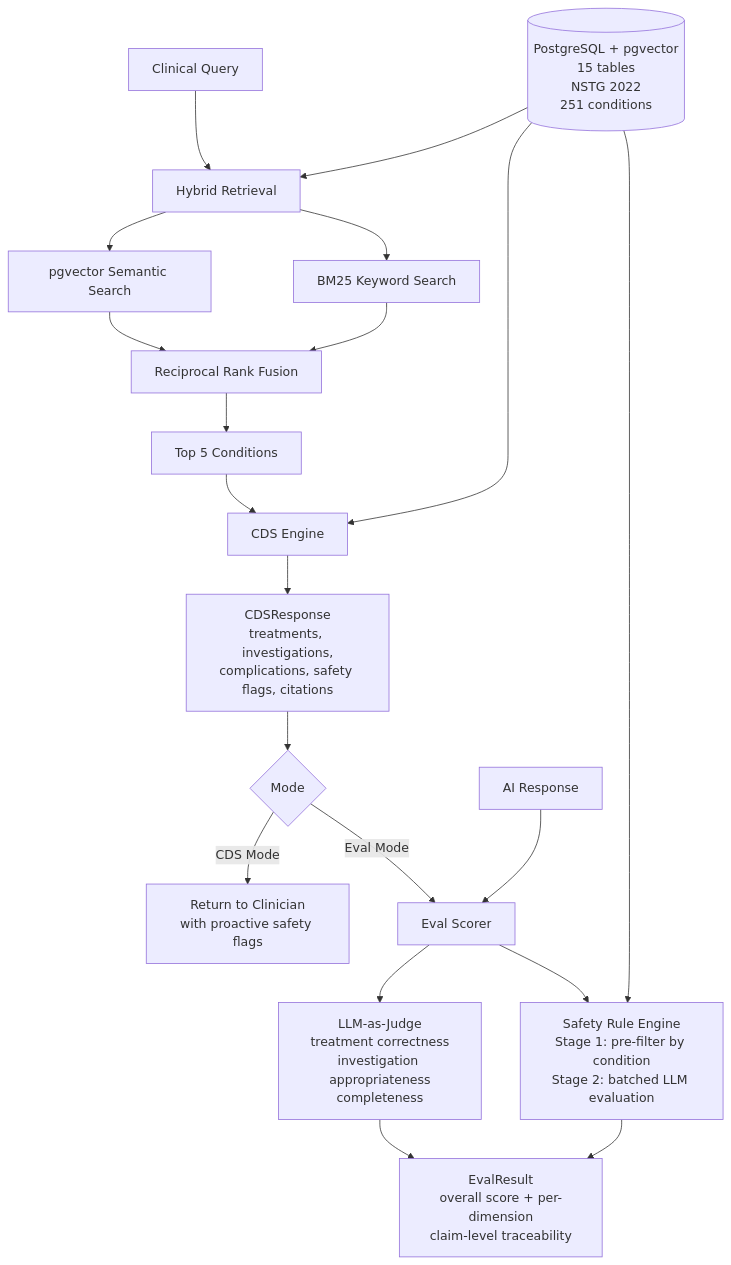
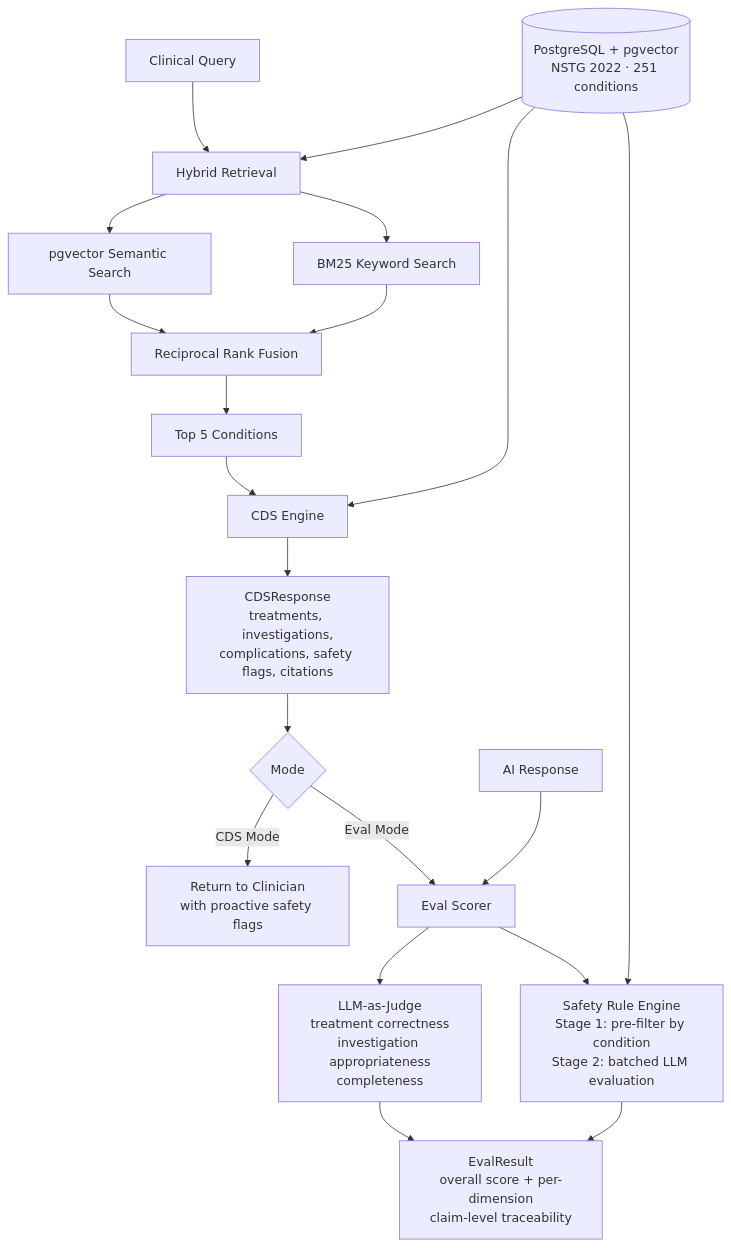
One commit to hemjay07/clinicalguard changed the diagram in README.md. Above: the diagram before and after it, drawn with Mermaid. The commit also changed other lines of this file, not shown here.

````diff
--- a/README.md
+++ b/README.md
@@ -45,27 +26,27 @@
 ```mermaid
 graph TD
     A[Clinical Query] --> B[Hybrid Retrieval]
     B --> B1[pgvector Semantic Search]
     B --> B2[BM25 Keyword Search]
     B1 --> B3[Reciprocal Rank Fusion]
     B2 --> B3
     B3 --> C[Top 5 Conditions]
 
     C --> D[CDS Engine]
     D --> E[CDSResponse\ntreatments, investigations,\ncomplications, safety flags, citations]
 
     E --> F{Mode}
 
     F -->|CDS Mode| G[Return to Clinician\nwith proactive safety flags]
 
     F -->|Eval Mode| H[Eval Scorer]
     I[AI Response] --> H
     H --> H1[LLM-as-Judge\ntreatment correctness\ninvestigation appropriateness\ncompleteness]
     H --> H2[Safety Rule Engine\nStage 1: pre-filter by condition\nStage 2: batched LLM evaluation]
     H1 --> J[EvalResult\noverall score + per-dimension\nclaim-level traceability]
     H2 --> J
 
-    K[(PostgreSQL + pgvector\n15 tables\nNSTG 2022\n251 conditions)] --> B
+    K[(PostgreSQL + pgvector\nNSTG 2022 · 251 conditions)] --> B
     K --> D
     K --> H2
 ```
````
